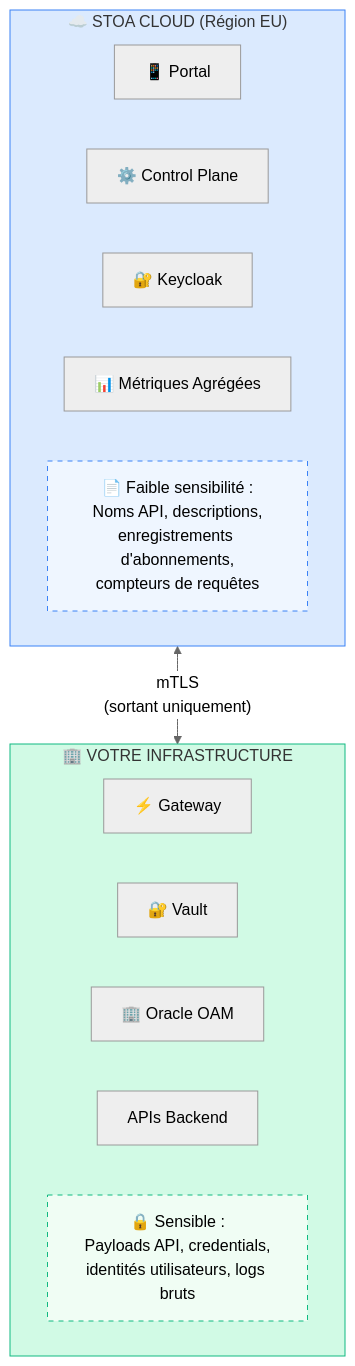
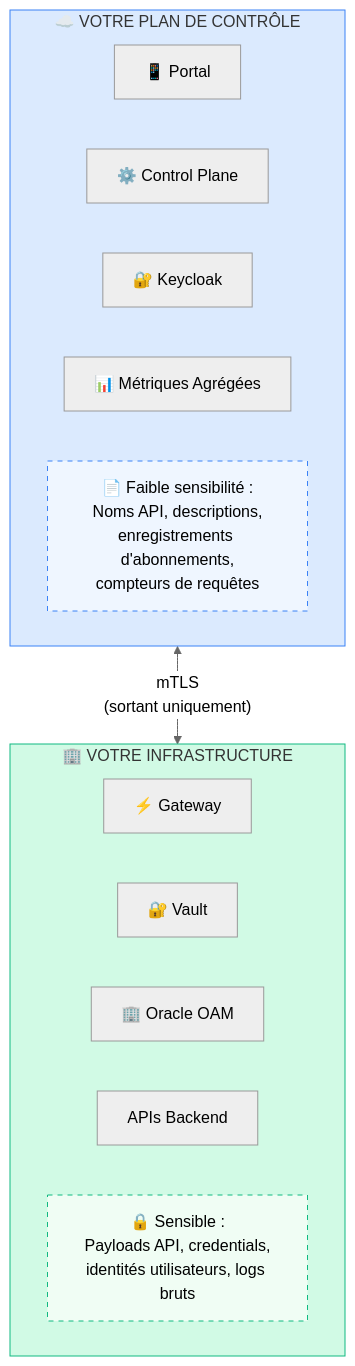
Before and after one commit to stoa-platform/stoa-docs: the diagram in i18n/fr/docusaurus-plugin-content-docs/current/guides/fiches/data-sovereignty-gdpr.md, drawn with Mermaid (neutral theme). The commit also changed other lines of this file and 87 other files, not shown here.

````diff
--- a/i18n/fr/docusaurus-plugin-content-docs/current/guides/fiches/data-sovereignty-gdpr.md
+++ b/i18n/fr/docusaurus-plugin-content-docs/current/guides/fiches/data-sovereignty-gdpr.md
@@ -18,25 +18,25 @@
 ```mermaid
 flowchart TB
-    subgraph Cloud["☁️ STOA CLOUD (Région EU)"]
+    subgraph Cloud["☁️ VOTRE PLAN DE CONTRÔLE"]
         Portal["📱 Portal"]
         Config["⚙️ Control Plane"]
         KC["🔐 Keycloak"]
         Metrics["📊 Métriques Agrégées"]
         CloudData["📄 Faible sensibilité :<br/>Noms API, descriptions,<br/>enregistrements d'abonnements,<br/>compteurs de requêtes"]
     end
 
     subgraph OnPrem["🏢 VOTRE INFRASTRUCTURE"]
         GW["⚡ Gateway"]
         Vault["🔐 Vault"]
         IdP["🏢 Oracle OAM"]
         APIs["APIs Backend"]
         OnPremData["🔒 Sensible :<br/>Payloads API, credentials,<br/>identités utilisateurs, logs bruts"]
     end
 
     Cloud <-->|"mTLS<br/>(sortant uniquement)"| OnPrem
 
     style Cloud fill:#dbeafe,stroke:#3b82f6
     style OnPrem fill:#d1fae5,stroke:#10b981
     style CloudData fill:#eff6ff,stroke:#3b82f6,stroke-dasharray: 5 5
     style OnPremData fill:#f0fdf4,stroke:#10b981,stroke-dasharray: 5 5
 ```
````
